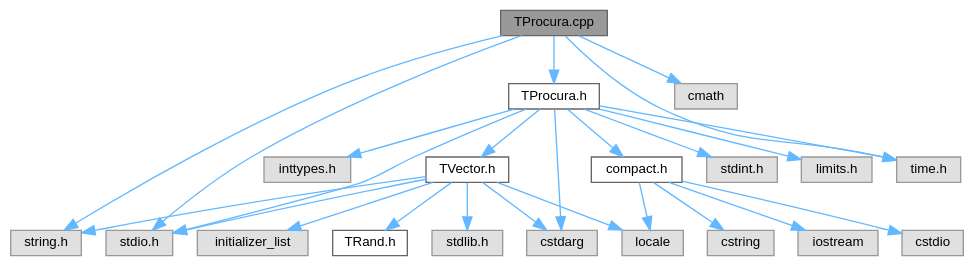
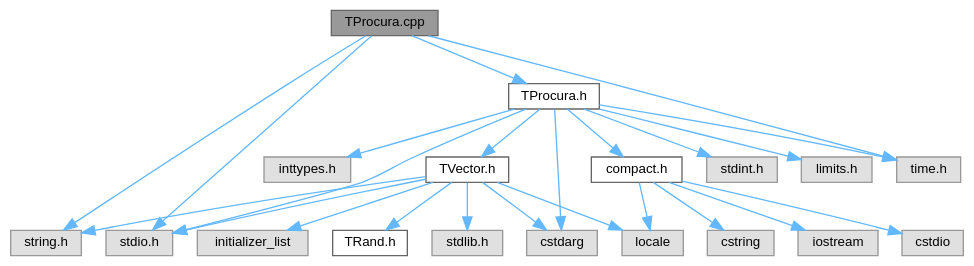
The diagram in TProcura_8cpp__incl.dot (jcoelho72/TProcura), drawn with Graphviz before and after one commit. The commit also changed 68 other files, not shown here.

```diff
--- a/TProcura_8cpp__incl.dot
+++ b/TProcura_8cpp__incl.dot
@@ -1,50 +1,48 @@
 digraph "TProcura.cpp"
 {
  // LATEX_PDF_SIZE
   bgcolor="transparent";
   edge [fontname=Helvetica,fontsize=10,labelfontname=Helvetica,labelfontsize=10];
   node [fontname=Helvetica,fontsize=10,shape=box,height=0.2,width=0.4];
   Node1 [id="Node000001",label="TProcura.cpp",height=0.2,width=0.4,color="gray40", fillcolor="grey60", style="filled", fontcolor="black",tooltip=" "];
   Node1 -> Node2 [id="edge1_Node000001_Node000002",color="steelblue1",style="solid",tooltip=" "];
   Node2 [id="Node000002",label="TProcura.h",height=0.2,width=0.4,color="grey40", fillcolor="white", style="filled",URL="$TProcura_8h.html",tooltip=" "];
   Node2 -> Node3 [id="edge2_Node000002_Node000003",color="steelblue1",style="solid",tooltip=" "];
   Node3 [id="Node000003",label="TVector.h",height=0.2,width=0.4,color="grey40", fillcolor="white", style="filled",URL="$TVector_8h.html",tooltip="Vetor dinâmico genérico com operações de pilha, conjuntos e algoritmos úteis."];
   Node3 -> Node4 [id="edge3_Node000003_Node000004",color="steelblue1",style="solid",tooltip=" "];
   Node4 [id="Node000004",label="stdlib.h",height=0.2,width=0.4,color="grey60", fillcolor="#E0E0E0", style="filled",tooltip=" "];
   Node3 -> Node5 [id="edge4_Node000003_Node000005",color="steelblue1",style="solid",tooltip=" "];
   Node5 [id="Node000005",label="string.h",height=0.2,width=0.4,color="grey60", fillcolor="#E0E0E0", style="filled",tooltip=" "];
   Node3 -> Node6 [id="edge5_Node000003_Node000006",color="steelblue1",style="solid",tooltip=" "];
   Node6 [id="Node000006",label="stdio.h",height=0.2,width=0.4,color="grey60", fillcolor="#E0E0E0", style="filled",tooltip=" "];
   Node3 -> Node7 [id="edge6_Node000003_Node000007",color="steelblue1",style="solid",tooltip=" "];
   Node7 [id="Node000007",label="initializer_list",height=0.2,width=0.4,color="grey60", fillcolor="#E0E0E0", style="filled",tooltip=" "];
   Node3 -> Node8 [id="edge7_Node000003_Node000008",color="steelblue1",style="solid",tooltip=" "];
   Node8 [id="Node000008",label="cstdarg",height=0.2,width=0.4,color="grey60", fillcolor="#E0E0E0", style="filled",tooltip=" "];
   Node3 -> Node9 [id="edge8_Node000003_Node000009",color="steelblue1",style="solid",tooltip=" "];
   Node9 [id="Node000009",label="locale",height=0.2,width=0.4,color="grey60", fillcolor="#E0E0E0", style="filled",tooltip=" "];
   Node3 -> Node10 [id="edge9_Node000003_Node000010",color="steelblue1",style="solid",tooltip=" "];
   Node10 [id="Node000010",label="TRand.h",height=0.2,width=0.4,color="grey40", fillcolor="white", style="filled",URL="$TRand_8h.html",tooltip="Interface para geração de números aleatórios independentes do sistema operativo."];
   Node2 -> Node11 [id="edge10_Node000002_Node000011",color="steelblue1",style="solid",tooltip=" "];
   Node11 [id="Node000011",label="time.h",height=0.2,width=0.4,color="grey60", fillcolor="#E0E0E0", style="filled",tooltip=" "];
   Node2 -> Node12 [id="edge11_Node000002_Node000012",color="steelblue1",style="solid",tooltip=" "];
   Node12 [id="Node000012",label="stdint.h",height=0.2,width=0.4,color="grey60", fillcolor="#E0E0E0", style="filled",tooltip=" "];
   Node2 -> Node13 [id="edge12_Node000002_Node000013",color="steelblue1",style="solid",tooltip=" "];
   Node13 [id="Node000013",label="limits.h",height=0.2,width=0.4,color="grey60", fillcolor="#E0E0E0", style="filled",tooltip=" "];
   Node2 -> Node6 [id="edge13_Node000002_Node000006",color="steelblue1",style="solid",tooltip=" "];
   Node2 -> Node14 [id="edge14_Node000002_Node000014",color="steelblue1",style="solid",tooltip=" "];
   Node14 [id="Node000014",label="inttypes.h",height=0.2,width=0.4,color="grey60", fillcolor="#E0E0E0", style="filled",tooltip=" "];
   Node2 -> Node8 [id="edge15_Node000002_Node000008",color="steelblue1",style="solid",tooltip=" "];
   Node2 -> Node15 [id="edge16_Node000002_Node000015",color="steelblue1",style="solid",tooltip=" "];
   Node15 [id="Node000015",label="compact.h",height=0.2,width=0.4,color="grey40", fillcolor="white", style="filled",URL="$compact_8h.html",tooltip=" "];
   Node15 -> Node16 [id="edge17_Node000015_Node000016",color="steelblue1",style="solid",tooltip=" "];
   Node16 [id="Node000016",label="cstdio",height=0.2,width=0.4,color="grey60", fillcolor="#E0E0E0", style="filled",tooltip=" "];
   Node15 -> Node17 [id="edge18_Node000015_Node000017",color="steelblue1",style="solid",tooltip=" "];
   Node17 [id="Node000017",label="cstring",height=0.2,width=0.4,color="grey60", fillcolor="#E0E0E0", style="filled",tooltip=" "];
   Node15 -> Node18 [id="edge19_Node000015_Node000018",color="steelblue1",style="solid",tooltip=" "];
   Node18 [id="Node000018",label="iostream",height=0.2,width=0.4,color="grey60", fillcolor="#E0E0E0", style="filled",tooltip=" "];
   Node15 -> Node9 [id="edge20_Node000015_Node000009",color="steelblue1",style="solid",tooltip=" "];
   Node1 -> Node6 [id="edge21_Node000001_Node000006",color="steelblue1",style="solid",tooltip=" "];
   Node1 -> Node11 [id="edge22_Node000001_Node000011",color="steelblue1",style="solid",tooltip=" "];
   Node1 -> Node5 [id="edge23_Node000001_Node000005",color="steelblue1",style="solid",tooltip=" "];
-  Node1 -> Node19 [id="edge24_Node000001_Node000019",color="steelblue1",style="solid",tooltip=" "];
-  Node19 [id="Node000019",label="cmath",height=0.2,width=0.4,color="grey60", fillcolor="#E0E0E0", style="filled",tooltip=" "];
 }
```
